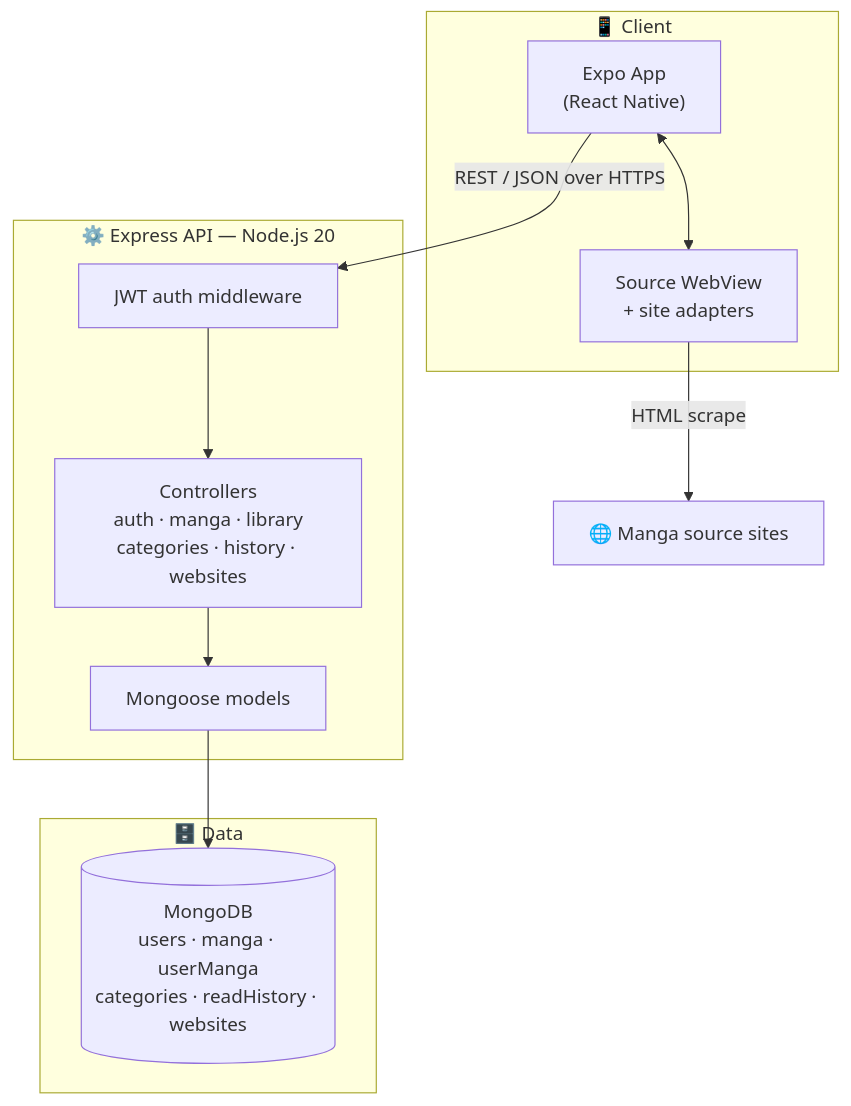
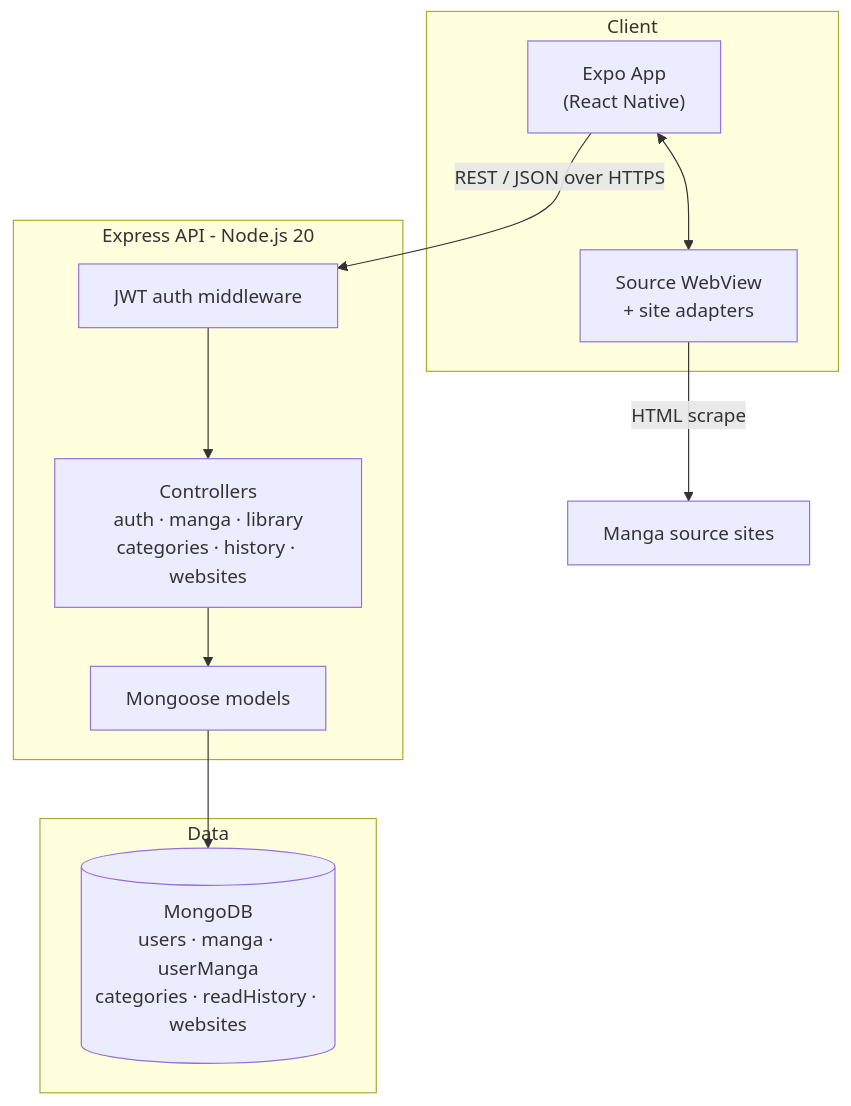
Before and after one commit to Souvik-Cyclic/Unimanga: the first of 2 diagrams in README.md, drawn with Mermaid. The commit also changed other lines of this file and 12 other files, not shown here.

````diff
--- a/README.md
+++ b/README.md
@@ -76,25 +95,25 @@
 ```mermaid
 flowchart TB
-    subgraph client["📱 Client"]
+    subgraph client["Client"]
         app["Expo App<br/>(React Native)"]
         wv["Source WebView<br/>+ site adapters"]
         app <--> wv
     end
 
-    subgraph api["⚙️ Express API — Node.js 20"]
+    subgraph api["Express API - Node.js 20"]
         mw["JWT auth middleware"]
         ctrl["Controllers<br/>auth · manga · library<br/>categories · history · websites"]
         odm["Mongoose models"]
         mw --> ctrl --> odm
     end
 
-    subgraph data["🗄️ Data"]
+    subgraph data["Data"]
         db[("MongoDB<br/>users · manga · userManga<br/>categories · readHistory · websites")]
     end
 
-    sites["🌐 Manga source sites"]
+    sites["Manga source sites"]
 
     app -- "REST / JSON over HTTPS" --> mw
     wv -- "HTML scrape" --> sites
     odm --> db
 ```
````
